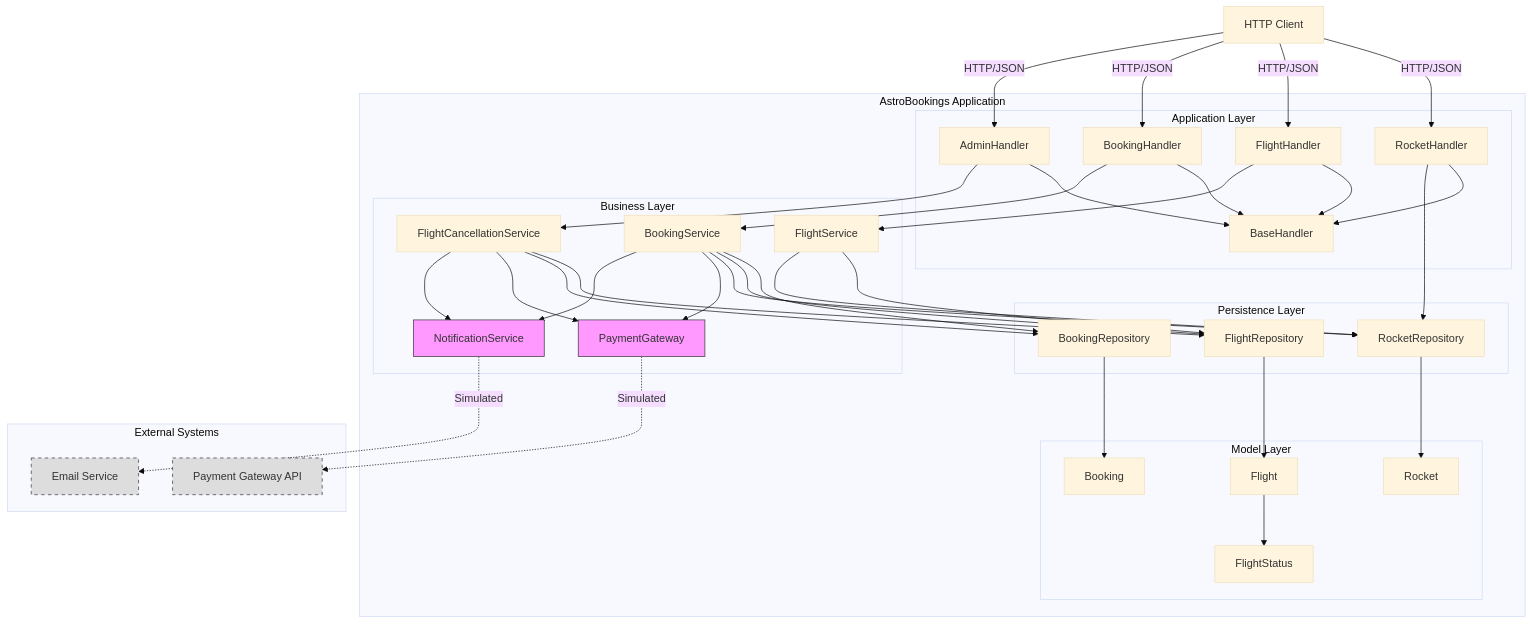
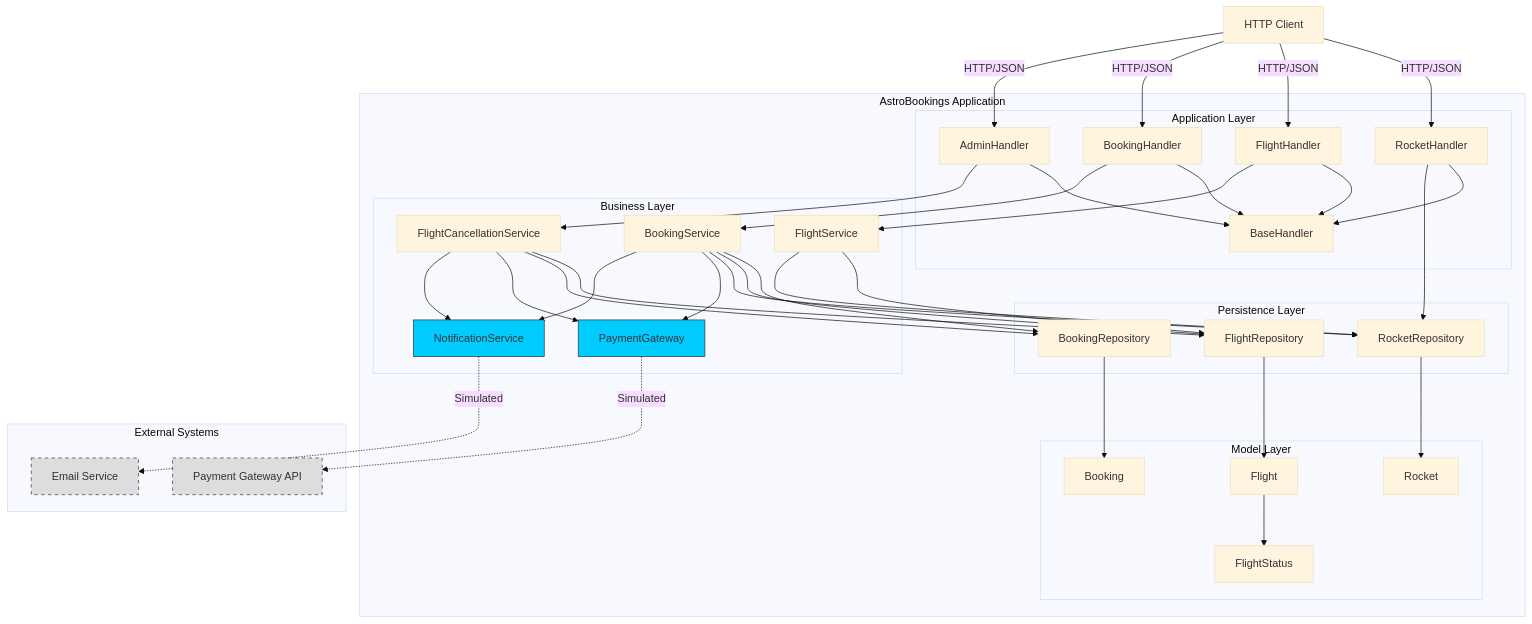
One commit to AlbertoBasaloLabs/Architecture changed the diagram in java/ARCHITECTURE.md. Above: the diagram before and after it, drawn with Mermaid (base theme). The commit also changed other lines of this file and 7 other files, not shown here.

````diff
--- a/java/ARCHITECTURE.md
+++ b/java/ARCHITECTURE.md
@@ -126,82 +119,82 @@
 ```mermaid
 graph TB
     subgraph "AstroBookings Application"
         subgraph "Application Layer"
             RH[RocketHandler]
             FH[FlightHandler]
             BH[BookingHandler]
             AH[AdminHandler]
             BASE[BaseHandler]
         end
         
         subgraph "Business Layer"
             FS[FlightService]
             BS[BookingService]
             FCS[FlightCancellationService]
             PG[PaymentGateway]
             NS[NotificationService]
         end
         
         subgraph "Persistence Layer"
             RR[RocketRepository]
             FR[FlightRepository]
             BR[BookingRepository]
         end
         
         subgraph "Model Layer"
             ROCKET[Rocket]
             FLIGHT[Flight]
             BOOKING[Booking]
             STATUS[FlightStatus]
         end
     end
     
     subgraph "External Systems"
         PAYMENT[Payment Gateway API]
         EMAIL[Email Service]
     end
     
     CLIENT[HTTP Client]
     
     CLIENT -->|HTTP/JSON| RH
     CLIENT -->|HTTP/JSON| FH
     CLIENT -->|HTTP/JSON| BH
     CLIENT -->|HTTP/JSON| AH
     
     RH --> BASE
     FH --> BASE
     BH --> BASE
     AH --> BASE
     
     RH --> RR
     FH --> FS
     BH --> BS
     AH --> FCS
     
     FS --> FR
     FS --> RR
     
     BS --> BR
     BS --> FR
     BS --> RR
     BS --> PG
     BS --> NS
     
     FCS --> FR
     FCS --> BR
     FCS --> PG
     FCS --> NS
     
     PG -.->|Simulated| PAYMENT
     NS -.->|Simulated| EMAIL
     
     RR --> ROCKET
     FR --> FLIGHT
     BR --> BOOKING
     FLIGHT --> STATUS
     
-    style PG fill:#f9f,stroke:#333
-    style NS fill:#f9f,stroke:#333
+    style PG fill:#00ccff,stroke:#333
+    style NS fill:#00ccff,stroke:#333
     style PAYMENT fill:#ddd,stroke:#333,stroke-dasharray: 5 5
     style EMAIL fill:#ddd,stroke:#333,stroke-dasharray: 5 5
 ```
````
